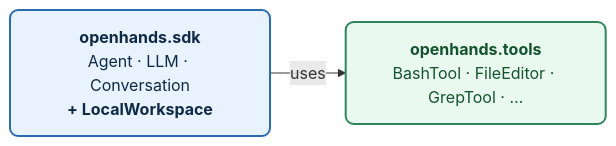
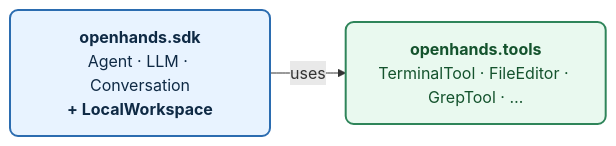
The second of 5 diagrams in sdk/arch/overview.mdx (OpenHands/docs), drawn with Mermaid before and after one commit. The commit also changed other lines of this file and 15 other files, not shown here.

````diff
--- a/sdk/arch/overview.mdx
+++ b/sdk/arch/overview.mdx
@@ -78,11 +78,11 @@
 ```mermaid
 %%{init: {"theme": "default", "flowchart": {"nodeSpacing": 30, "rankSpacing": 40}} }%%
 flowchart LR
     SDK["<b>openhands.sdk</b><br>Agent · LLM · Conversation<br><b>+ LocalWorkspace</b>"]:::sdk
-    Tools["<b>openhands.tools</b><br>BashTool · FileEditor · GrepTool · …"]:::tools
+    Tools["<b>openhands.tools</b><br>TerminalTool · FileEditor · GrepTool · …"]:::tools
     
     SDK -->|uses| Tools
     
     classDef sdk    fill:#e8f3ff,stroke:#2b6cb0,color:#0f2a45,stroke-width:2px,rx:8,ry:8
     classDef tools  fill:#e9f9ef,stroke:#2f855a,color:#14532d,stroke-width:2px,rx:8,ry:8
 ```
````
